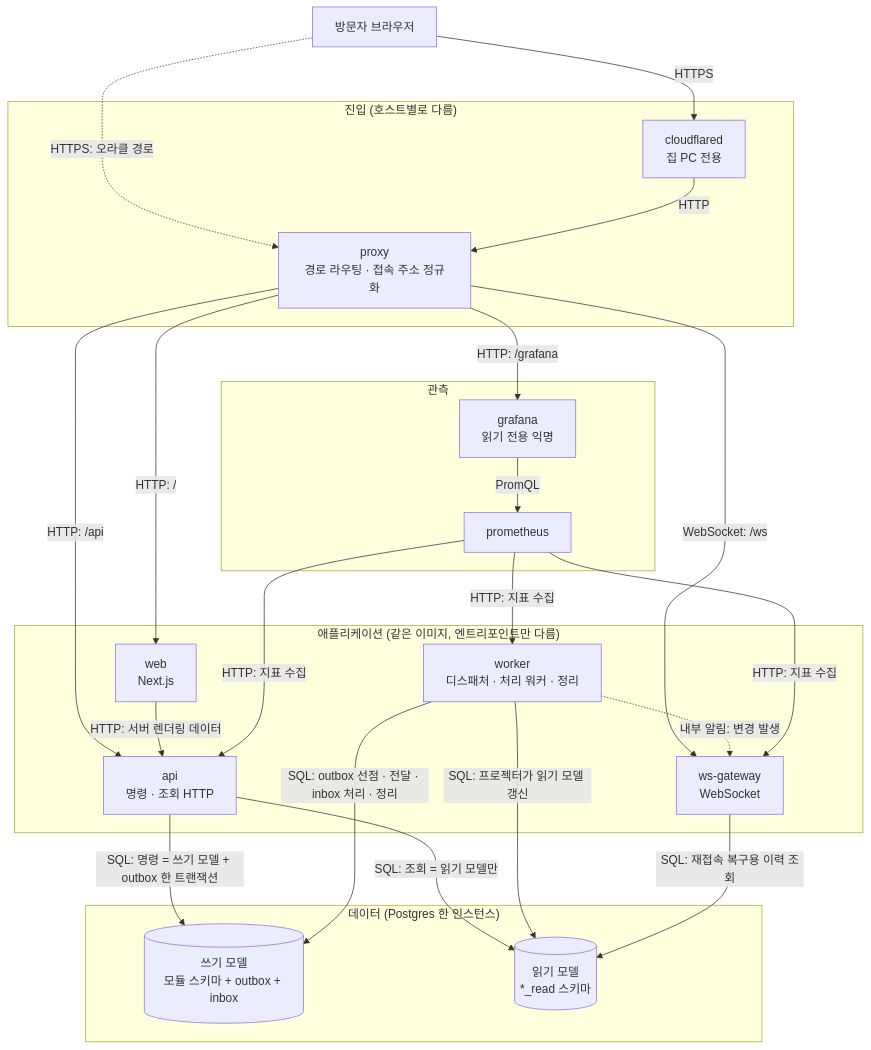
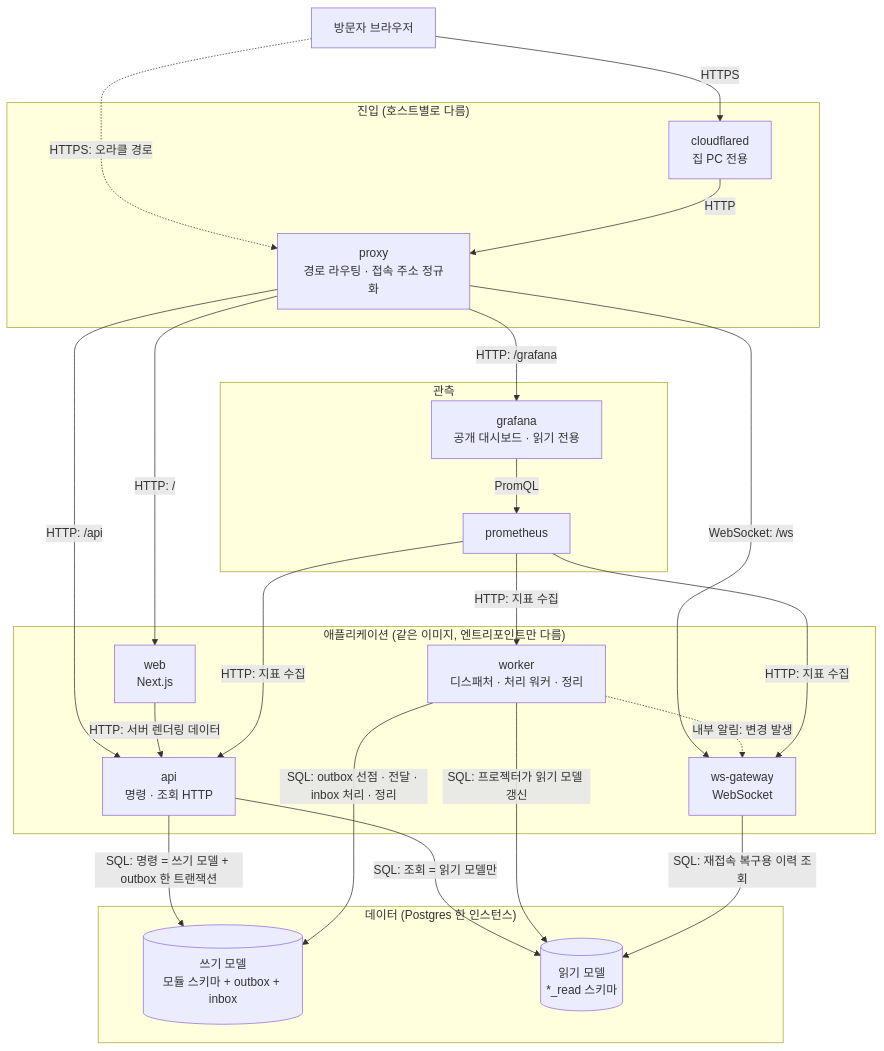
The first of 3 diagrams in docs/domains/architecture.md (1985jwlee/portpolio_backend), drawn with Mermaid before and after one commit. The commit also changed other lines of this file and 14 other files, not shown here.

````diff
--- a/docs/domains/architecture.md
+++ b/docs/domains/architecture.md
@@ -21,41 +21,41 @@
 ```mermaid
 flowchart TB
     Visitor["방문자 브라우저"]
     subgraph Edge["진입 (호스트별로 다름)"]
         Tunnel["cloudflared<br>집 PC 전용"]
         Proxy["proxy<br>경로 라우팅 · 접속 주소 정규화"]
     end
     subgraph App["애플리케이션 (같은 이미지, 엔트리포인트만 다름)"]
         Web["web<br>Next.js"]
         Api["api<br>명령 · 조회 HTTP"]
         Ws["ws-gateway<br>WebSocket"]
         Worker["worker<br>디스패처 · 처리 워커 · 정리"]
     end
     subgraph Data["데이터 (Postgres 한 인스턴스)"]
         WModel[("쓰기 모델<br>모듈 스키마 + outbox + inbox")]
         RModel[("읽기 모델<br>*_read 스키마")]
     end
     subgraph Obs["관측"]
         Prom["prometheus"]
-        Graf["grafana<br>읽기 전용 익명"]
+        Graf["grafana<br>공개 대시보드 · 읽기 전용"]
     end
 
     Visitor -->|"HTTPS"| Tunnel
     Visitor -.->|"HTTPS: 오라클 경로"| Proxy
     Tunnel -->|"HTTP"| Proxy
     Proxy -->|"HTTP: /"| Web
     Proxy -->|"HTTP: /api"| Api
     Proxy -->|"WebSocket: /ws"| Ws
     Proxy -->|"HTTP: /grafana"| Graf
     Web -->|"HTTP: 서버 렌더링 데이터"| Api
     Api -->|"SQL: 명령 = 쓰기 모델 + outbox 한 트랜잭션"| WModel
     Api -->|"SQL: 조회 = 읽기 모델만"| RModel
     Worker -->|"SQL: outbox 선점 · 전달 · inbox 처리 · 정리"| WModel
     Worker -->|"SQL: 프로젝터가 읽기 모델 갱신"| RModel
     Worker -.->|"내부 알림: 변경 발생"| Ws
     Ws -->|"SQL: 재접속 복구용 이력 조회"| RModel
     Prom -->|"HTTP: 지표 수집"| Api
     Prom -->|"HTTP: 지표 수집"| Ws
     Prom -->|"HTTP: 지표 수집"| Worker
     Graf -->|"PromQL"| Prom
 ```
````
